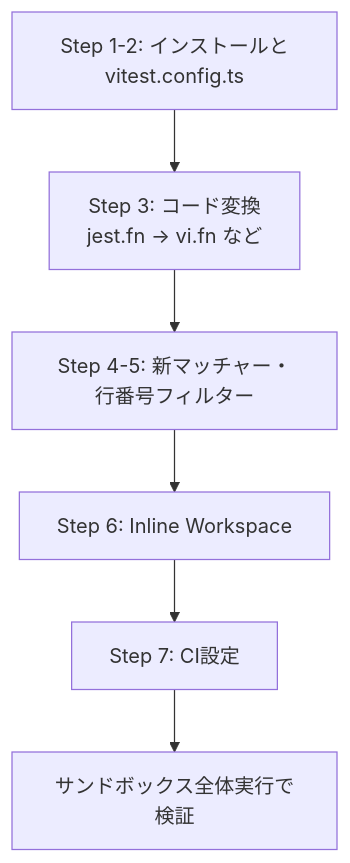
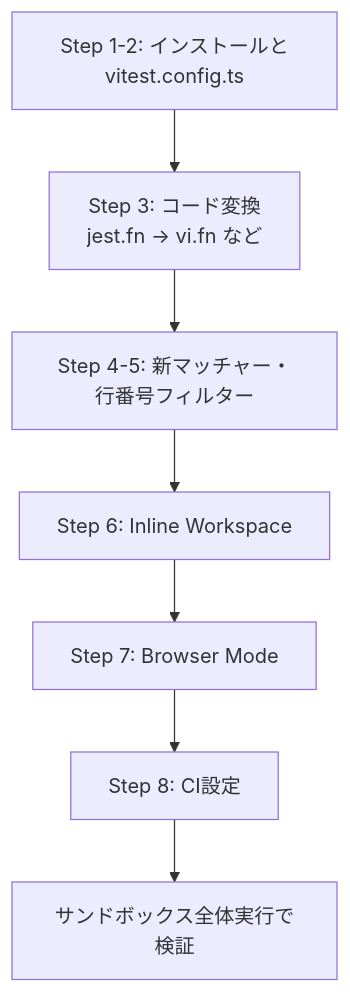
The diagram in src/content/blog/ja/vitest-4-jest-migration-guide-2026.md (kimjangwook/www.jangwook.net), drawn with Mermaid before and after one commit. The commit also changed other lines of this file and 2 other files, not shown here.

````diff
--- a/src/content/blog/ja/vitest-4-jest-migration-guide-2026.md
+++ b/src/content/blog/ja/vitest-4-jest-migration-guide-2026.md
@@ -85,8 +85,9 @@
 ```mermaid
 graph TD
     A["Step 1-2: インストールとvitest.config.ts"] --> B["Step 3: コード変換<br/>jest.fn → vi.fn など"]
     B --> C["Step 4-5: 新マッチャー・行番号フィルター"]
     C --> D["Step 6: Inline Workspace"]
-    D --> E["Step 7: CI設定"]
-    E --> F["サンドボックス全体実行で検証"]
+    D --> E["Step 7: Browser Mode"]
+    E --> F["Step 8: CI設定"]
+    F --> G["サンドボックス全体実行で検証"]
 ```
````
